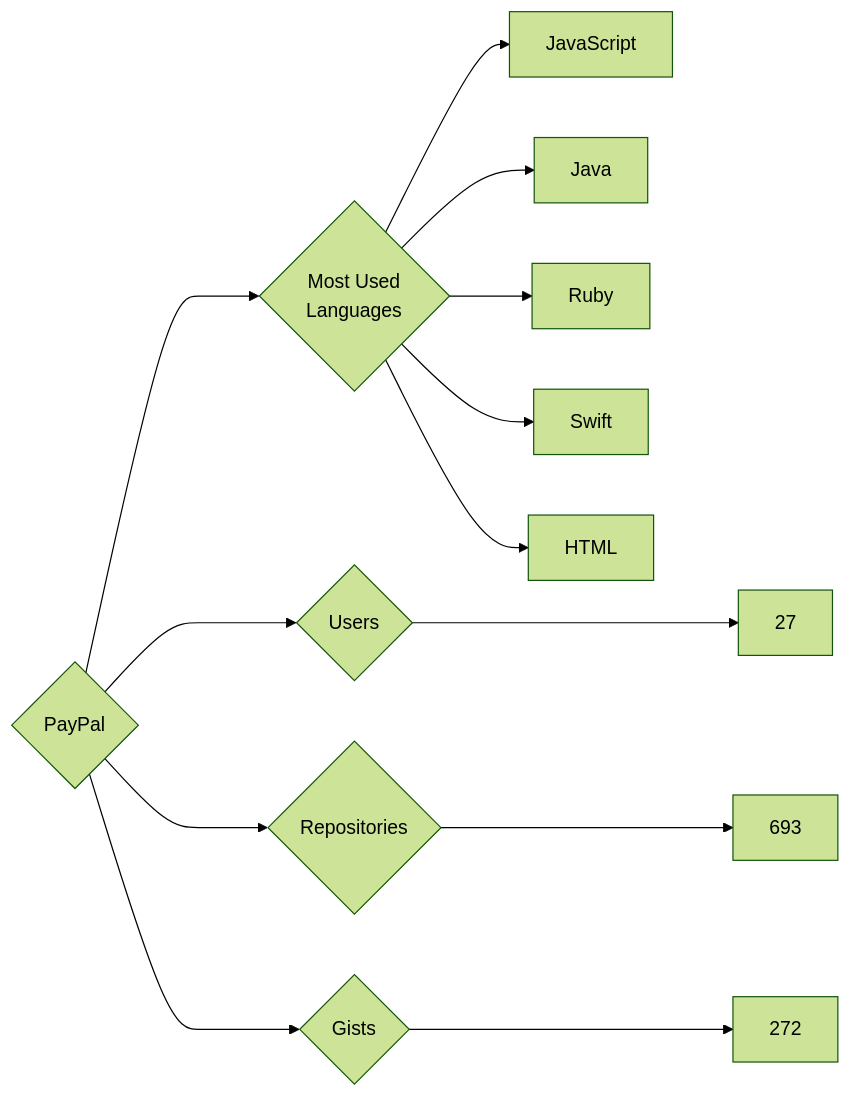
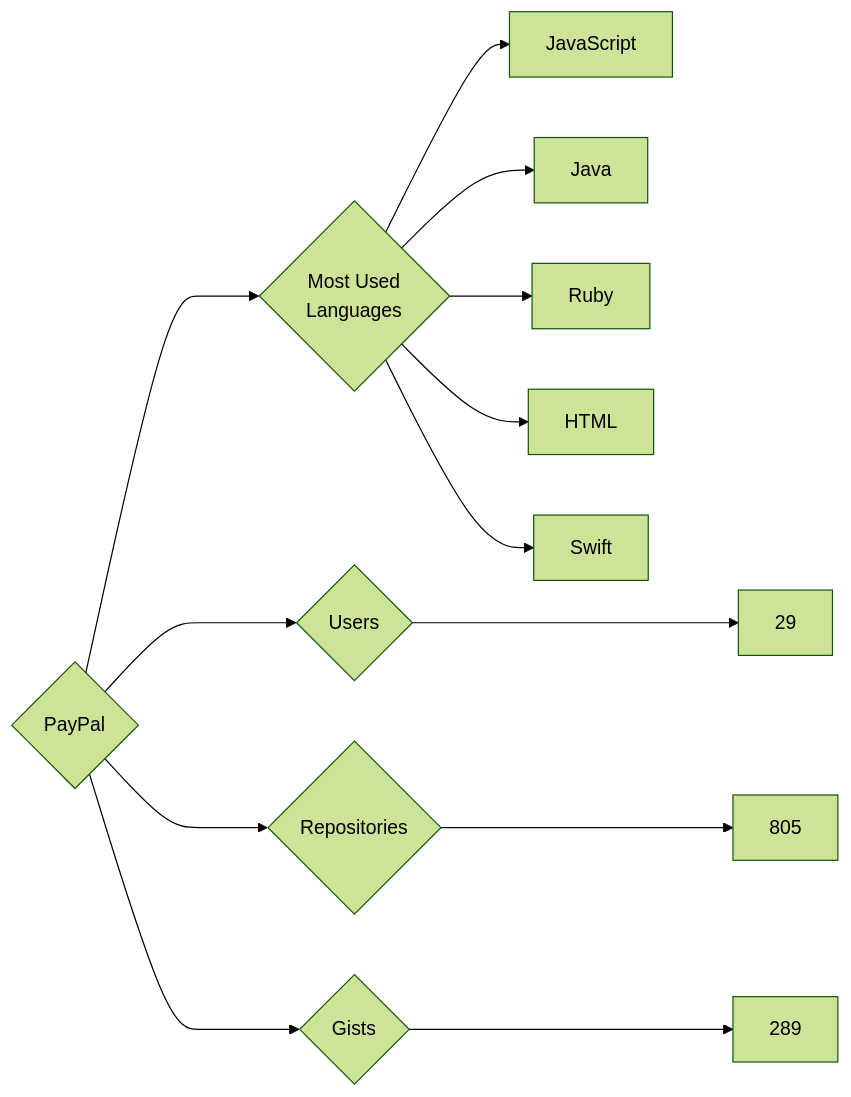
One commit to trickest/insiders changed the diagram in targets/PayPal/README.md. Above: the diagram before and after it, drawn with Mermaid (forest theme). The commit also changed 728 other files, not shown here.

````diff
--- a/targets/PayPal/README.md
+++ b/targets/PayPal/README.md
@@ -3,13 +3,13 @@
 ```mermaid
 graph LR
 COMPANY_NAME{PayPal}
-COMPANY_NAME ---> U{Users} ---> UN[27]
-COMPANY_NAME ---> R{Repositories} ---> RN[693]
-COMPANY_NAME ---> G{Gists} ---> GN[272]
+COMPANY_NAME ---> U{Users} ---> UN[29]
+COMPANY_NAME ---> R{Repositories} ---> RN[805]
+COMPANY_NAME ---> G{Gists} ---> GN[289]
 COMPANY_NAME ---> ML{Most Used<br>Languages}
 ML --> JavaScript[JavaScript]
 ML --> Java[Java]
 ML --> Ruby[Ruby]
+ML --> HTML[HTML]
 ML --> Swift[Swift]
-ML --> HTML[HTML]
 ```
````
